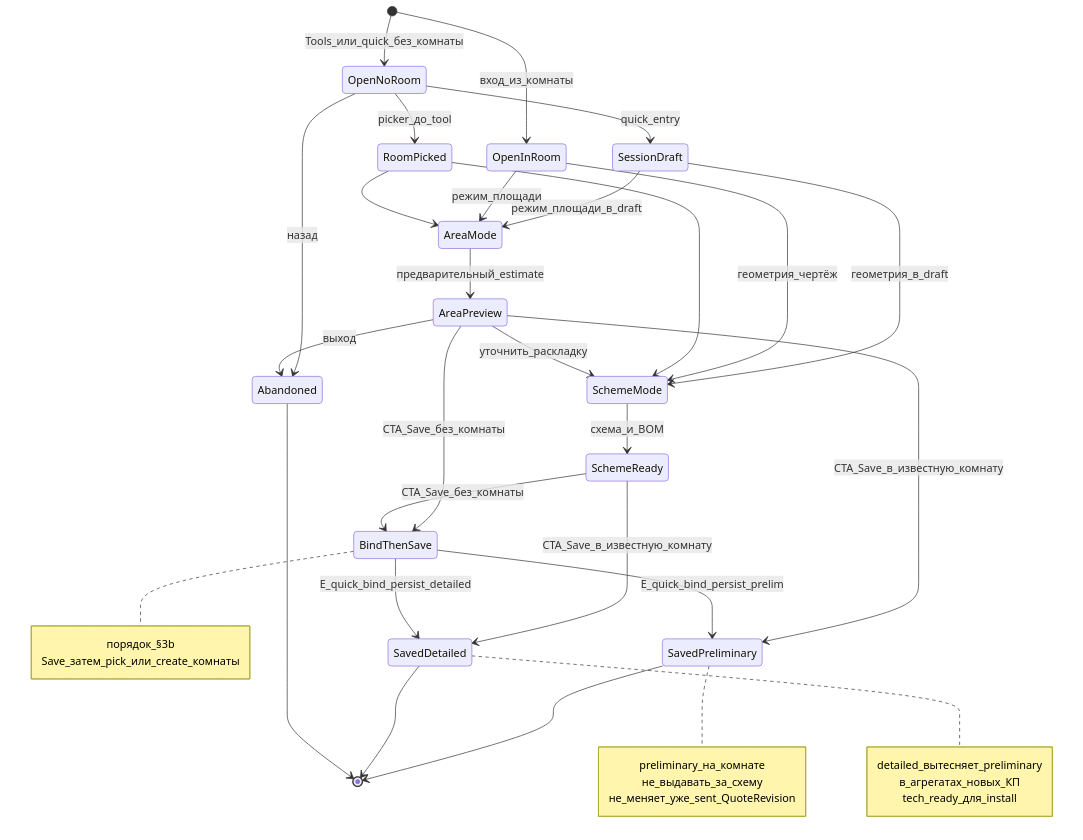
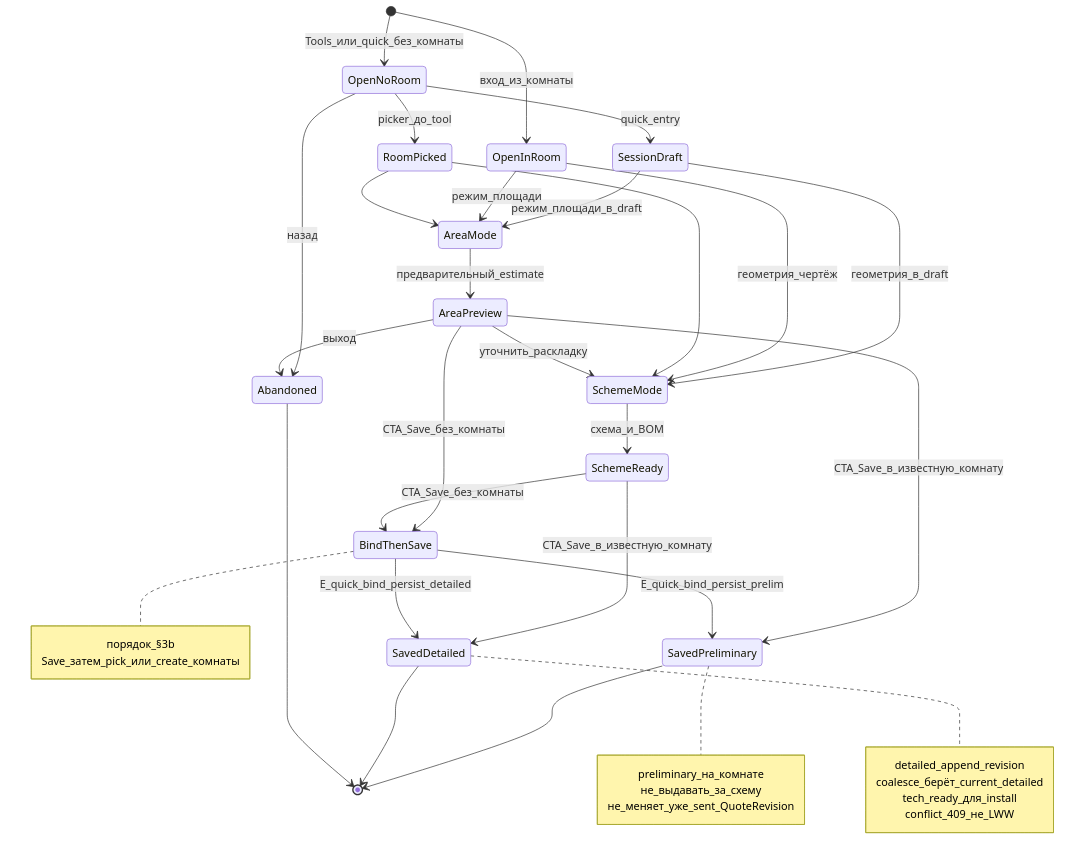
Before and after one commit to Paulos99/multiframe-partner: the fifth of 7 diagrams in docs/partner-ux-spec/03-information-architecture.md, drawn with Mermaid. The commit also changed other lines of this file and 32 other files, not shown here.

````diff
--- a/docs/partner-ux-spec/03-information-architecture.md
+++ b/docs/partner-ux-spec/03-information-architecture.md
@@ -251,42 +251,43 @@
 ```mermaid
 stateDiagram-v2
   [*] --> OpenNoRoom: Tools_или_quick_без_комнаты
   [*] --> OpenInRoom: вход_из_комнаты
   OpenNoRoom --> RoomPicked: picker_до_tool
   OpenNoRoom --> SessionDraft: quick_entry
   OpenNoRoom --> Abandoned: назад
   SessionDraft --> AreaMode: режим_площади_в_draft
   SessionDraft --> SchemeMode: геометрия_в_draft
   OpenInRoom --> AreaMode: режим_площади
   OpenInRoom --> SchemeMode: геометрия_чертёж
   RoomPicked --> AreaMode
   RoomPicked --> SchemeMode
   AreaMode --> AreaPreview: предварительный_estimate
   AreaPreview --> BindThenSave: CTA_Save_без_комнаты
   AreaPreview --> SavedPreliminary: CTA_Save_в_известную_комнату
   AreaPreview --> SchemeMode: уточнить_раскладку
   AreaPreview --> Abandoned: выход
   SchemeMode --> SchemeReady: схема_и_BOM
   SchemeReady --> BindThenSave: CTA_Save_без_комнаты
   SchemeReady --> SavedDetailed: CTA_Save_в_известную_комнату
   BindThenSave --> SavedPreliminary: E_quick_bind_persist_prelim
   BindThenSave --> SavedDetailed: E_quick_bind_persist_detailed
   SavedPreliminary --> [*]
   SavedDetailed --> [*]
   Abandoned --> [*]
 
   note right of BindThenSave
     порядок_§3b
     Save_затем_pick_или_create_комнаты
   end note
   note right of SavedPreliminary
     preliminary_на_комнате
     не_выдавать_за_схему
     не_меняет_уже_sent_QuoteRevision
   end note
   note right of SavedDetailed
-    detailed_вытесняет_preliminary
-    в_агрегатах_новых_КП
+    detailed_append_revision
+    coalesce_берёт_current_detailed
     tech_ready_для_install
+    conflict_409_не_LWW
   end note
 ```
````
